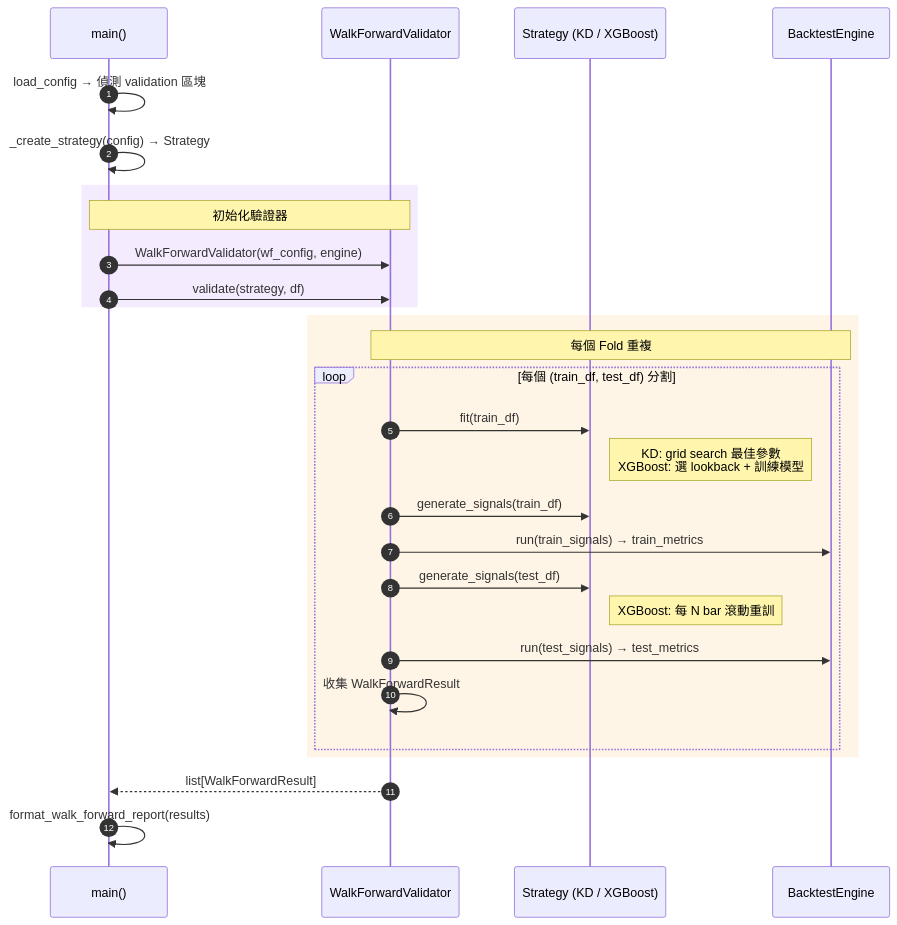
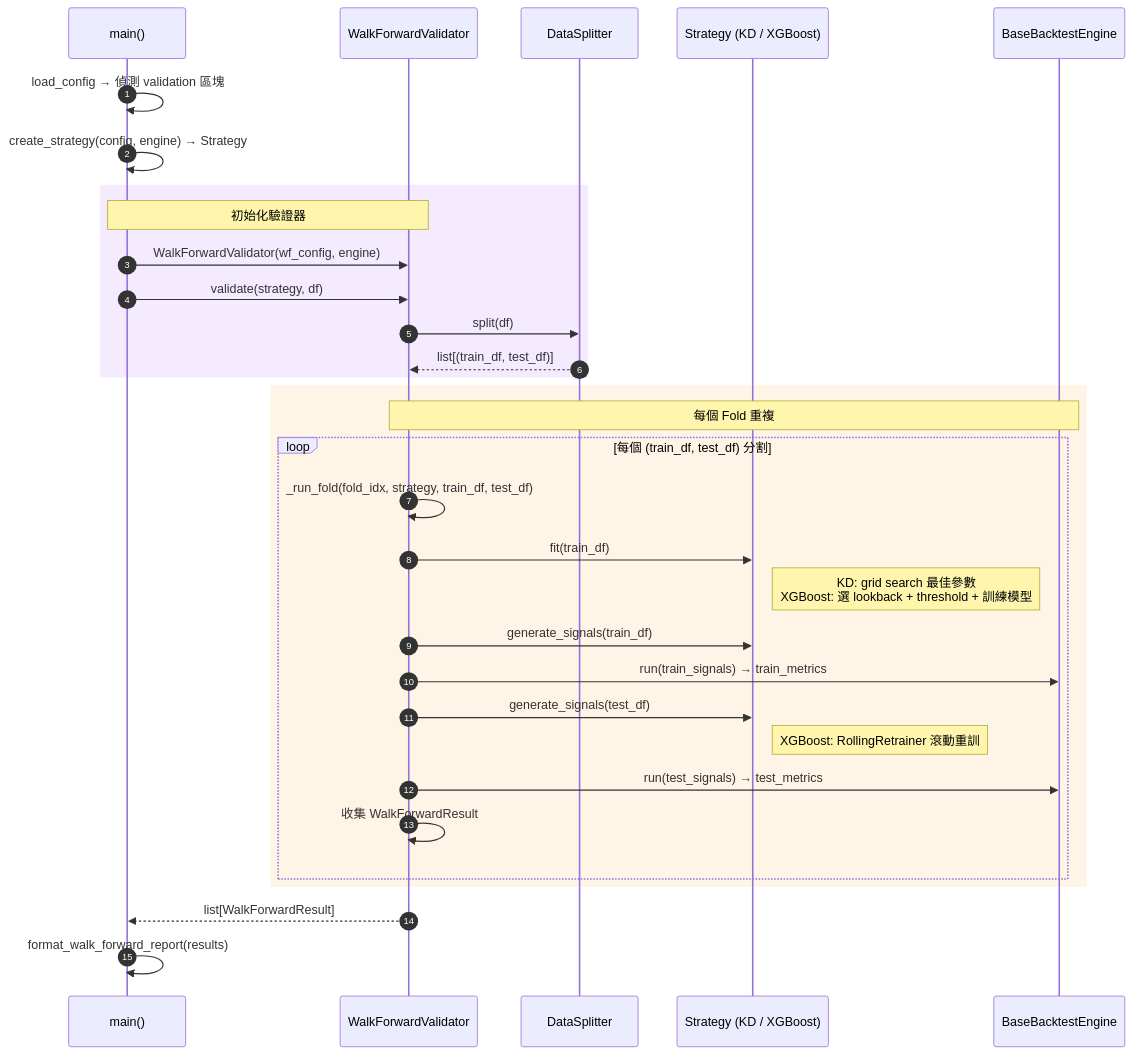
One commit to Kuan-Lun/tradingdev changed the third of 4 diagrams in ARCHITECTURE.md. Above: the diagram before and after it, drawn with Mermaid. The commit also changed other lines of this file, not shown here.

First line of the commit message:
docs: 同步 ARCHITECTURE.md 至當前程式架構

````diff
--- a/ARCHITECTURE.md
+++ b/ARCHITECTURE.md
@@ -310,37 +395,41 @@
 ```mermaid
 sequenceDiagram
     autonumber
     participant Main as main()
     participant WFV as WalkForwardValidator
+    participant Splitter as DataSplitter
     participant Strat as Strategy (KD / XGBoost)
-    participant Engine as BacktestEngine
+    participant Engine as BaseBacktestEngine
 
     Main->>Main: load_config → 偵測 validation 區塊
-    Main->>Main: _create_strategy(config) → Strategy
+    Main->>Main: create_strategy(config, engine) → Strategy
 
     rect rgb(245, 235, 255)
         Note over Main,WFV: 初始化驗證器
         Main->>WFV: WalkForwardValidator(wf_config, engine)
         Main->>WFV: validate(strategy, df)
+        WFV->>Splitter: split(df)
+        Splitter-->>WFV: list[(train_df, test_df)]
     end
 
     rect rgb(255, 245, 230)
         Note over WFV,Engine: 每個 Fold 重複
         loop 每個 (train_df, test_df) 分割
+            WFV->>WFV: _run_fold(fold_idx, strategy, train_df, test_df)
             WFV->>Strat: fit(train_df)
-            Note right of Strat: KD: grid search 最佳參數<br/>XGBoost: 選 lookback + 訓練模型
+            Note right of Strat: KD: grid search 最佳參數<br/>XGBoost: 選 lookback + threshold + 訓練模型
 
             WFV->>Strat: generate_signals(train_df)
             WFV->>Engine: run(train_signals) → train_metrics
 
             WFV->>Strat: generate_signals(test_df)
-            Note right of Strat: XGBoost: 每 N bar 滾動重訓
+            Note right of Strat: XGBoost: RollingRetrainer 滾動重訓
             WFV->>Engine: run(test_signals) → test_metrics
 
             WFV->>WFV: 收集 WalkForwardResult
         end
     end
 
     WFV-->>Main: list[WalkForwardResult]
     Main->>Main: format_walk_forward_report(results)
 ```
````
